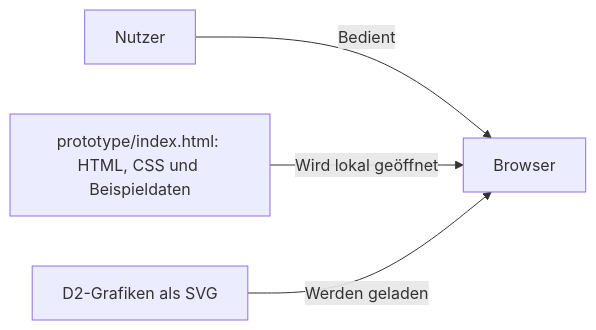
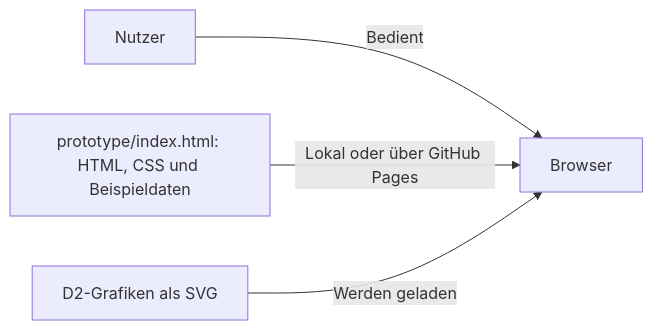
One commit to crnly/strom-dashboard changed the diagram in README.md. Above: the diagram before and after it, drawn with Mermaid. The commit also changed other lines of this file, not shown here.

Commit message:
Link the GitHub Pages preview from the README

````diff
--- a/README.md
+++ b/README.md
@@ -72,11 +75,11 @@
 ```mermaid
 flowchart LR
     User["Nutzer"]
     Browser["Browser"]
     Prototype["prototype/index.html: HTML, CSS und Beispieldaten"]
     Diagrams["D2-Grafiken als SVG"]
 
     User -->|Bedient| Browser
-    Prototype -->|Wird lokal geöffnet| Browser
+    Prototype -->|Lokal oder über GitHub Pages| Browser
     Diagrams -->|Werden geladen| Browser
 ```
````
